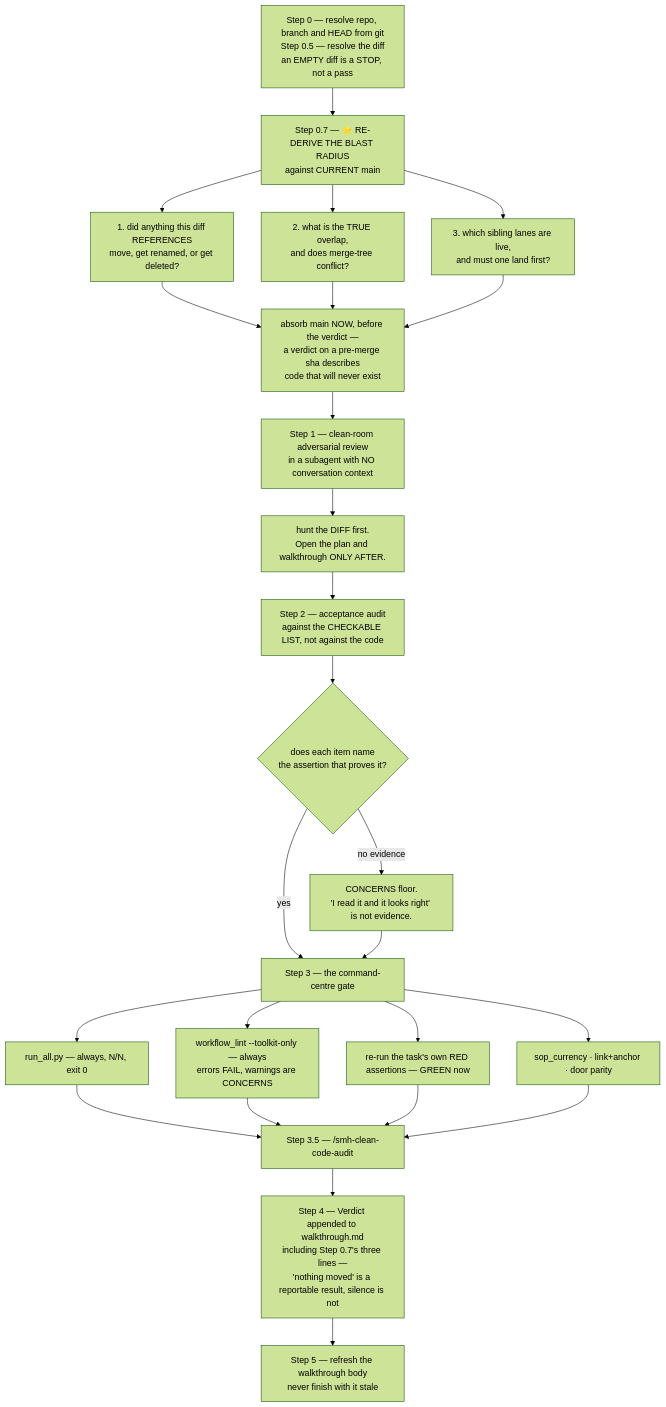
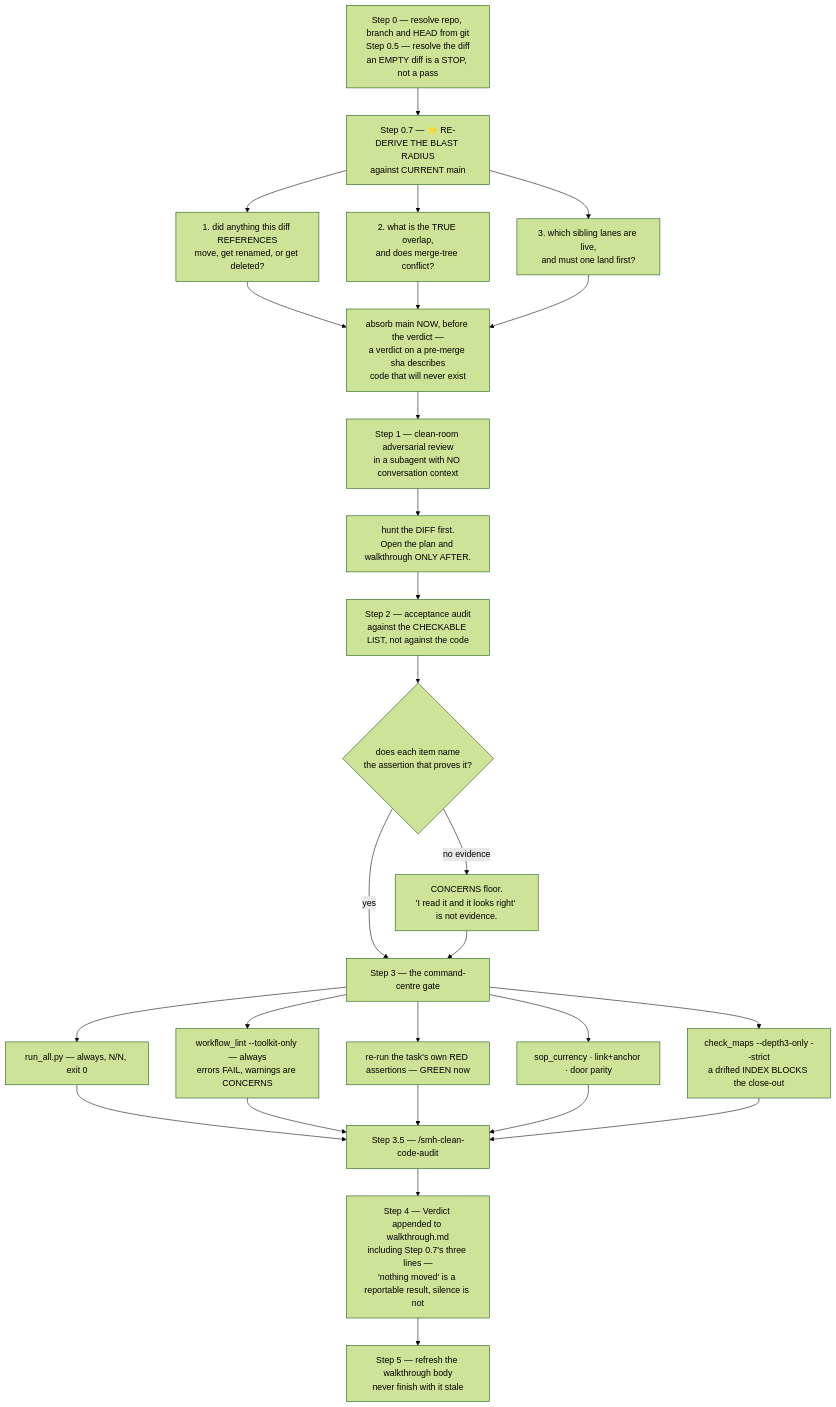
One commit to sudomadhatter/Sudo_Hatter_Command changed diagram 18 of 23 in docs/_scc_sops_prds/workflows_testing_SOP.md. Above: the diagram before and after it, drawn with Mermaid (forest theme). The commit also changed other lines of this file and 4 other files, not shown here.

````diff
--- a/docs/_scc_sops_prds/workflows_testing_SOP.md
+++ b/docs/_scc_sops_prds/workflows_testing_SOP.md
@@ -1132,27 +1132,29 @@
 ```mermaid
 flowchart TD
     S0["Step 0 — resolve repo, branch and HEAD from git\nStep 0.5 — resolve the diff\nan EMPTY diff is a STOP, not a pass"] --> S07["Step 0.7 — ⭐ RE-DERIVE THE BLAST RADIUS\nagainst CURRENT main"]
     S07 --> Q1["1. did anything this diff REFERENCES\nmove, get renamed, or get deleted?"]
     S07 --> Q2["2. what is the TRUE overlap,\nand does merge-tree conflict?"]
     S07 --> Q3["3. which sibling lanes are live,\nand must one land first?"]
     Q1 --> ABS["absorb main NOW, before the verdict —\na verdict on a pre-merge sha describes\ncode that will never exist"]
     Q2 --> ABS
     Q3 --> ABS
     ABS --> S1["Step 1 — clean-room adversarial review\nin a subagent with NO conversation context"]
     S1 --> ORD["hunt the DIFF first.\nOpen the plan and walkthrough ONLY AFTER."]
     ORD --> S2["Step 2 — acceptance audit\nagainst the CHECKABLE LIST, not against the code"]
     S2 --> EV{"does each item name\nthe assertion that proves it?"}
     EV -- "no evidence" --> CONC["CONCERNS floor.\n'I read it and it looks right' is not evidence."]
     EV -- "yes" --> S3["Step 3 — the command-centre gate"]
     CONC --> S3
     S3 --> G1["run_all.py — always, N/N, exit 0"]
     S3 --> G2["workflow_lint --toolkit-only — always\nerrors FAIL, warnings are CONCERNS"]
     S3 --> G3["re-run the task's own RED assertions — GREEN now"]
     S3 --> G4["sop_currency · link+anchor · door parity"]
+    S3 --> G5["check_maps --depth3-only --strict\na drifted INDEX BLOCKS the close-out"]
     G1 --> S35["Step 3.5 — /smh-clean-code-audit"]
     G2 --> S35
     G3 --> S35
     G4 --> S35
+    G5 --> S35
     S35 --> S4["Step 4 — Verdict appended to walkthrough.md\nincluding Step 0.7's three lines —\n'nothing moved' is a reportable result, silence is not"]
     S4 --> S5["Step 5 — refresh the walkthrough body\nnever finish with it stale"]
 ```
````
